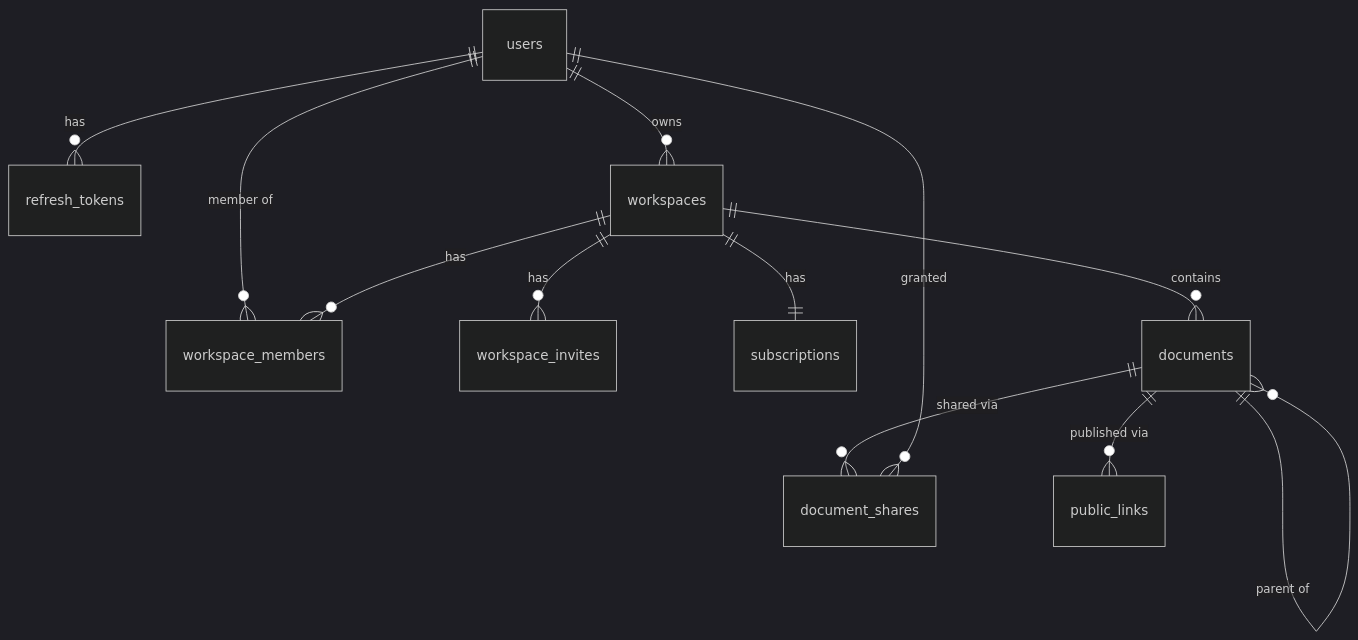
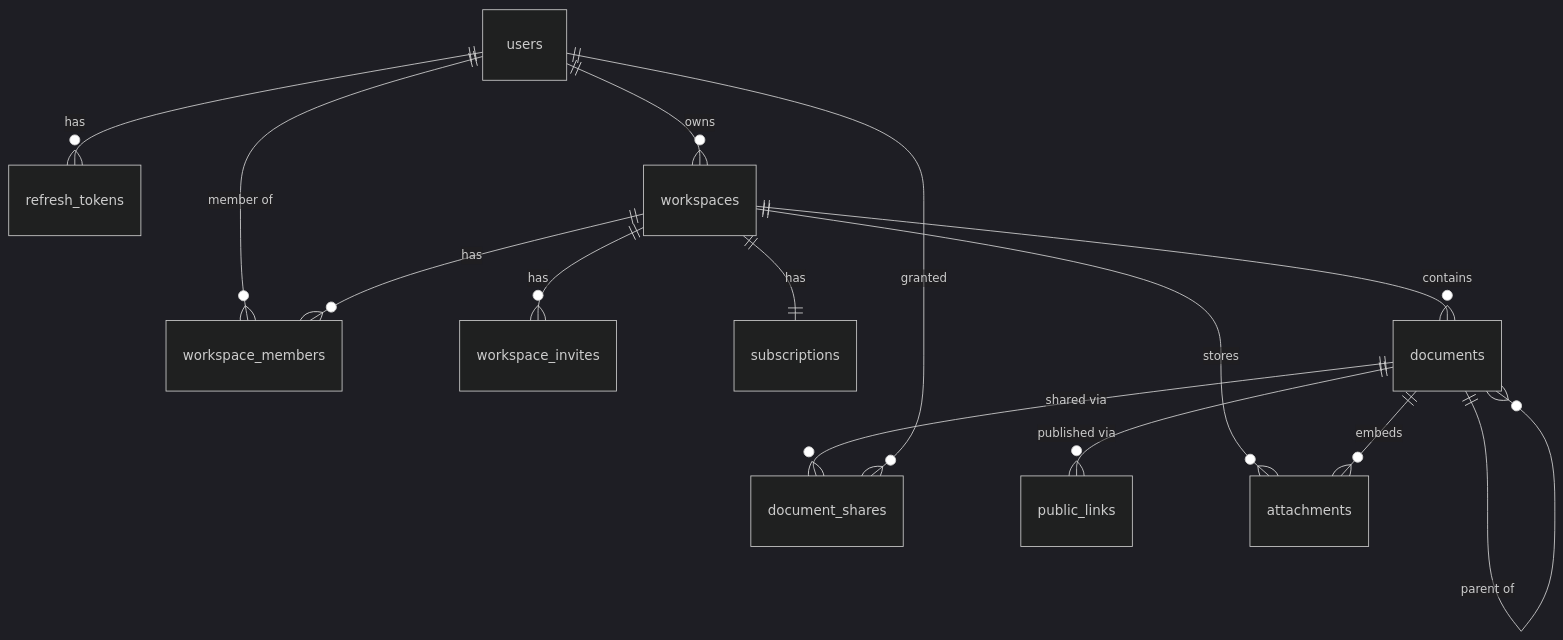
The first of 3 diagrams in README.md (JuFios/collab-docs), drawn with Mermaid (dark theme) before and after one commit. The commit also changed other lines of this file, not shown here.

````diff
--- a/README.md
+++ b/README.md
@@ -113,14 +114,16 @@
 ```mermaid
 erDiagram
   users ||--o{ refresh_tokens : has
   users ||--o{ workspaces : owns
   users ||--o{ workspace_members : "member of"
   workspaces ||--o{ workspace_members : has
   workspaces ||--o{ workspace_invites : has
   workspaces ||--|| subscriptions : has
   workspaces ||--o{ documents : contains
   documents ||--o{ documents : "parent of"
   documents ||--o{ document_shares : "shared via"
   users ||--o{ document_shares : "granted"
   documents ||--o{ public_links : "published via"
+  workspaces ||--o{ attachments : "stores"
+  documents ||--o{ attachments : "embeds"
 ```
````
